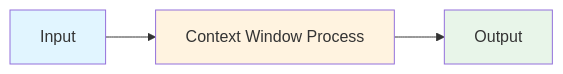
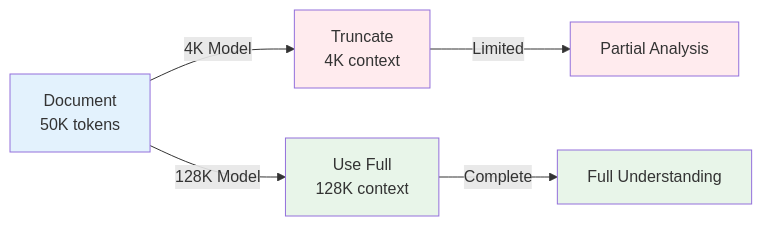
The first of 2 diagrams in llm/concepts/context-window.md (souradeepta/interviewprep-ai), drawn with Mermaid before and after one commit. The commit also changed other lines of this file and 33 other files, not shown here.

````diff
--- a/llm/concepts/context-window.md
+++ b/llm/concepts/context-window.md
@@ -67,9 +67,12 @@
 ```mermaid
 graph LR
-    A["Input"] --> B["Context Window Process"]
-    B --> C["Output"]
-
-    style A fill:#e1f5ff
-    style B fill:#fff3e0
+    A["Document<br/>50K tokens"] -->|4K Model| B["Truncate<br/>4K context"]
+    A -->|128K Model| C["Use Full<br/>128K context"]
+    B -->|Limited| D["Partial Analysis"]
+    C -->|Complete| E["Full Understanding"]
+    style A fill:#e3f2fd
+    style B fill:#ffebee
     style C fill:#e8f5e9
+    style D fill:#ffebee
+    style E fill:#e8f5e9
 ```
````
